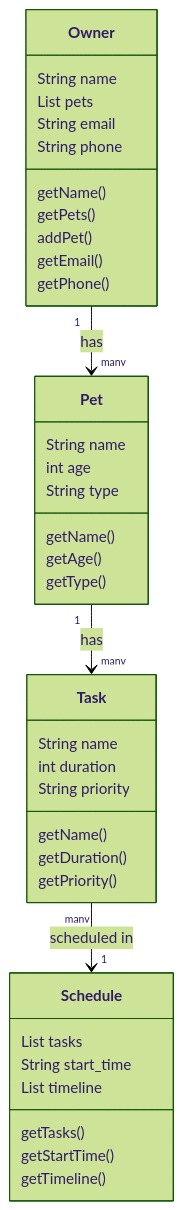
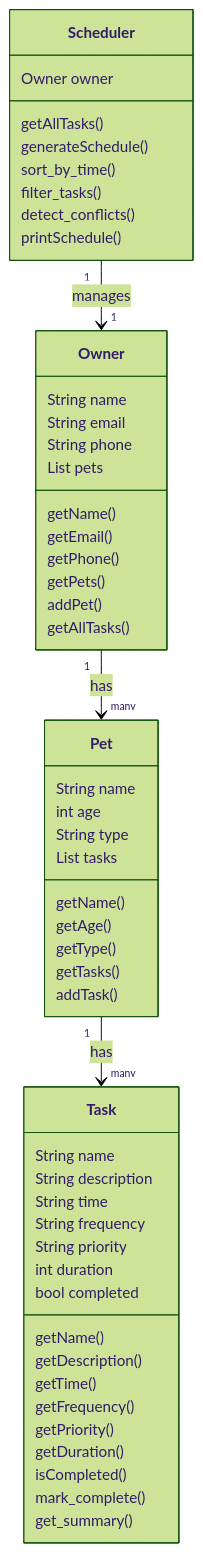
The diagram in reflection.md (rashmikaspal29/AI110-PawPalStarter), drawn with Mermaid (forest theme) before and after one commit. The commit also changed other lines of this file and 2 other files, not shown here.

````diff
--- a/reflection.md
+++ b/reflection.md
@@ -20,45 +20,60 @@
 ```mermaid
 classDiagram
     class Owner {
         String name
-        List pets
         String email
         String phone
+        List pets
         getName()
+        getEmail()
+        getPhone()
         getPets()
         addPet()
-        getEmail()
-        getPhone()
+        getAllTasks()
     }
 
     class Pet {
         String name
         int age
         String type
+        List tasks
         getName()
         getAge()
         getType()
+        getTasks()
+        addTask()
     }
 
     class Task {
         String name
+        String description
+        String time
+        String frequency
+        String priority
         int duration
-        String priority
+        bool completed
         getName()
+        getDescription()
+        getTime()
+        getFrequency()
+        getPriority()
         getDuration()
-        getPriority()
+        isCompleted()
+        mark_complete()
+        get_summary()
     }
 
-    class Schedule {
-        List tasks
-        String start_time
-        List timeline
-        getTasks()
-        getStartTime()
-        getTimeline()
+    class Scheduler {
+        Owner owner
+        getAllTasks()
+        generateSchedule()
+        sort_by_time()
+        filter_tasks()
+        detect_conflicts()
+        printSchedule()
     }
 
     Owner "1" --> "many" Pet : has
     Pet "1" --> "many" Task : has
-    Task "many" --> "1" Schedule : scheduled in
+    Scheduler "1" --> "1" Owner : manages
 ```
````
